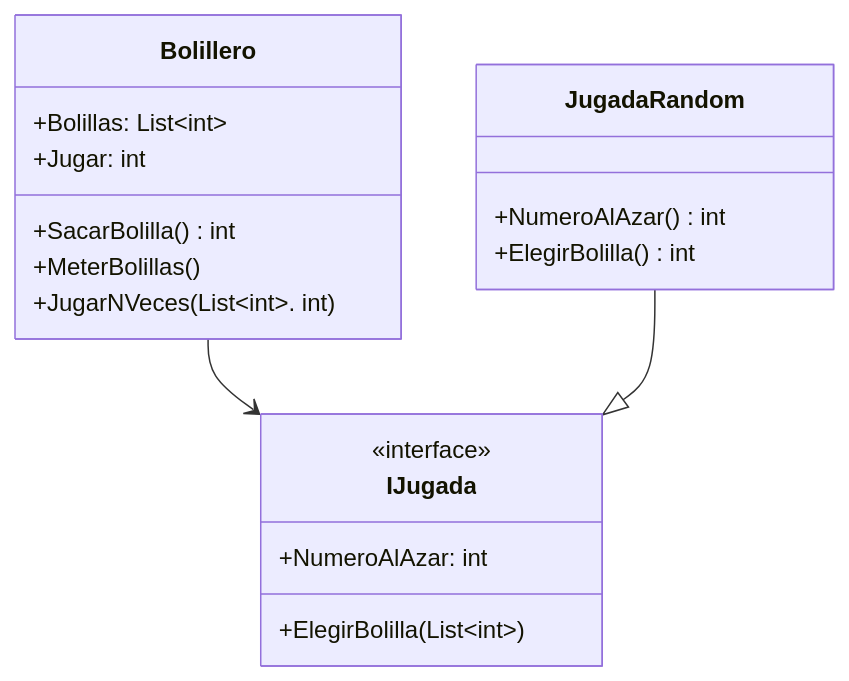
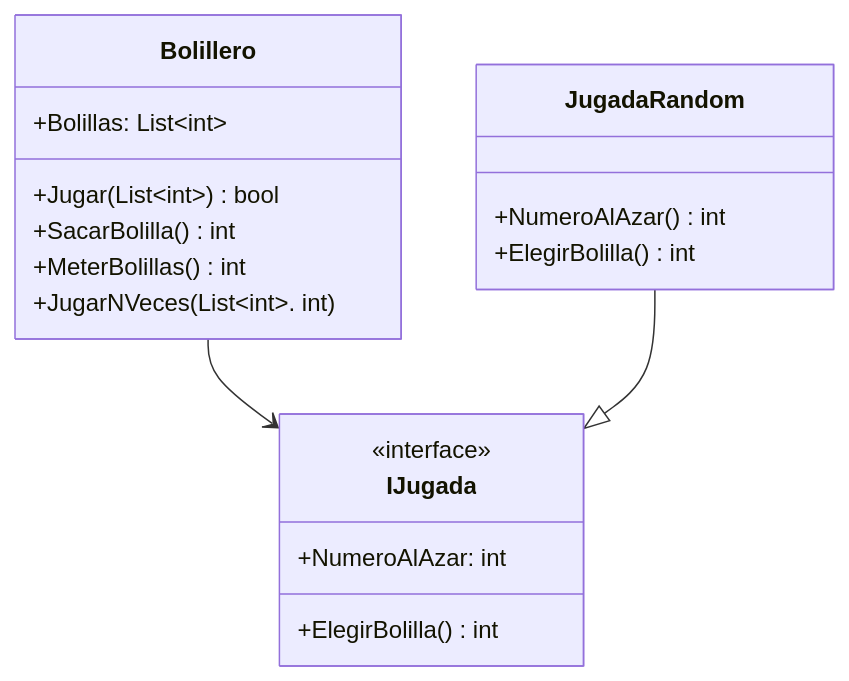
One commit to SaraCastro124/Tp-bolillero changed the diagram in docs/README.md. Above: the diagram before and after it, drawn with Mermaid. The commit also changed 3 other files, not shown here.

````diff
--- a/docs/README.md
+++ b/docs/README.md
@@ -3,22 +3,22 @@
 ```mermaid
 classDiagram
     class Bolillero{
         +Bolillas: List~int~
-        +Jugar: int
+        +Jugar(List~int~) bool
         +SacarBolilla() int
-        +MeterBolillas() 
+        +MeterBolillas() int
         +JugarNVeces(List~int~. int) 
     }
     class IJugada{
         <<interface>>
         +NumeroAlAzar: int
-        +ElegirBolilla(List~int~)
+        +ElegirBolilla() int
     }
     class JugadaRandom{
         +NumeroAlAzar() int
         +ElegirBolilla() int
     }
     Bolillero --> IJugada
     JugadaRandom --|> IJugada
     
 ```
````
